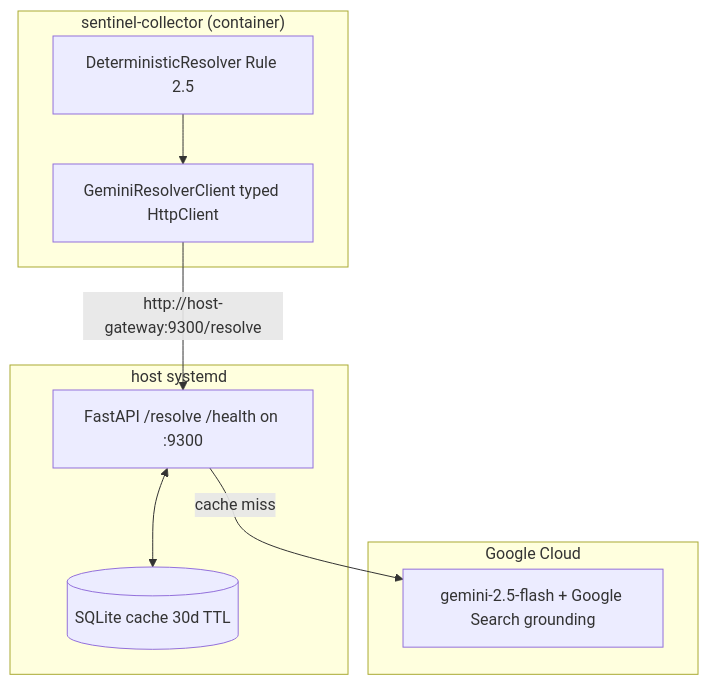
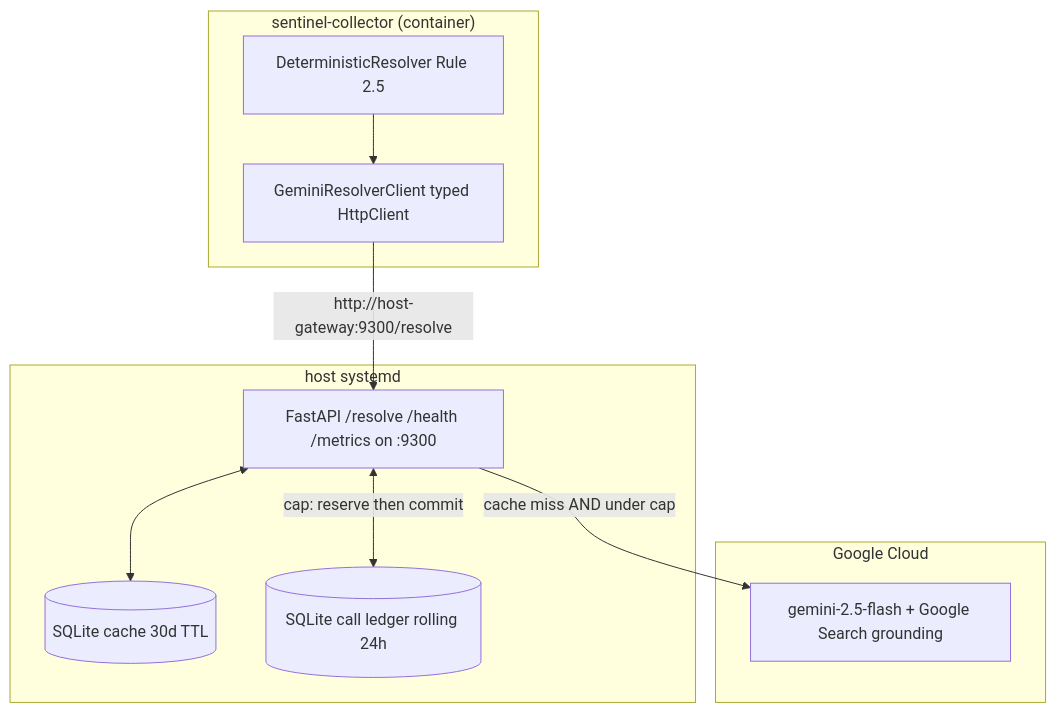
The diagram in gemini-resolver-mcp/README.md (jpansarasa/ATLAS-Docs), drawn with Mermaid before and after one commit. The commit also changed other lines of this file and 5 other files, not shown here.

````diff
--- a/gemini-resolver-mcp/README.md
+++ b/gemini-resolver-mcp/README.md
@@ -13,20 +13,22 @@
 ```mermaid
 flowchart TD
     subgraph SentinelCollector["sentinel-collector (container)"]
         DR[DeterministicResolver Rule 2.5]
         GRC[GeminiResolverClient typed HttpClient]
     end
 
     subgraph Host["host systemd"]
-        SVR[FastAPI /resolve /health on :9300]
+        SVR[FastAPI /resolve /health /metrics on :9300]
         CACHE[(SQLite cache 30d TTL)]
+        LEDGER[(SQLite call ledger rolling 24h)]
     end
 
     subgraph Google["Google Cloud"]
         GEM[gemini-2.5-flash + Google Search grounding]
     end
 
     DR --> GRC -->|http://host-gateway:9300/resolve| SVR
     SVR <--> CACHE
-    SVR -->|cache miss| GEM
+    SVR <-->|cap: reserve then commit| LEDGER
+    SVR -->|cache miss AND under cap| GEM
 ```
````
